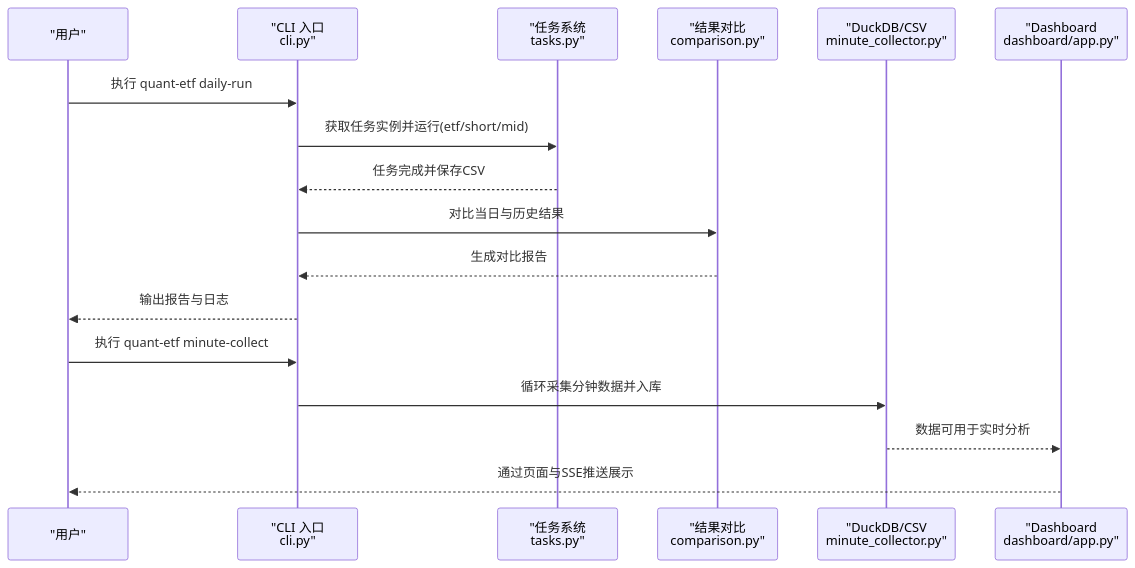
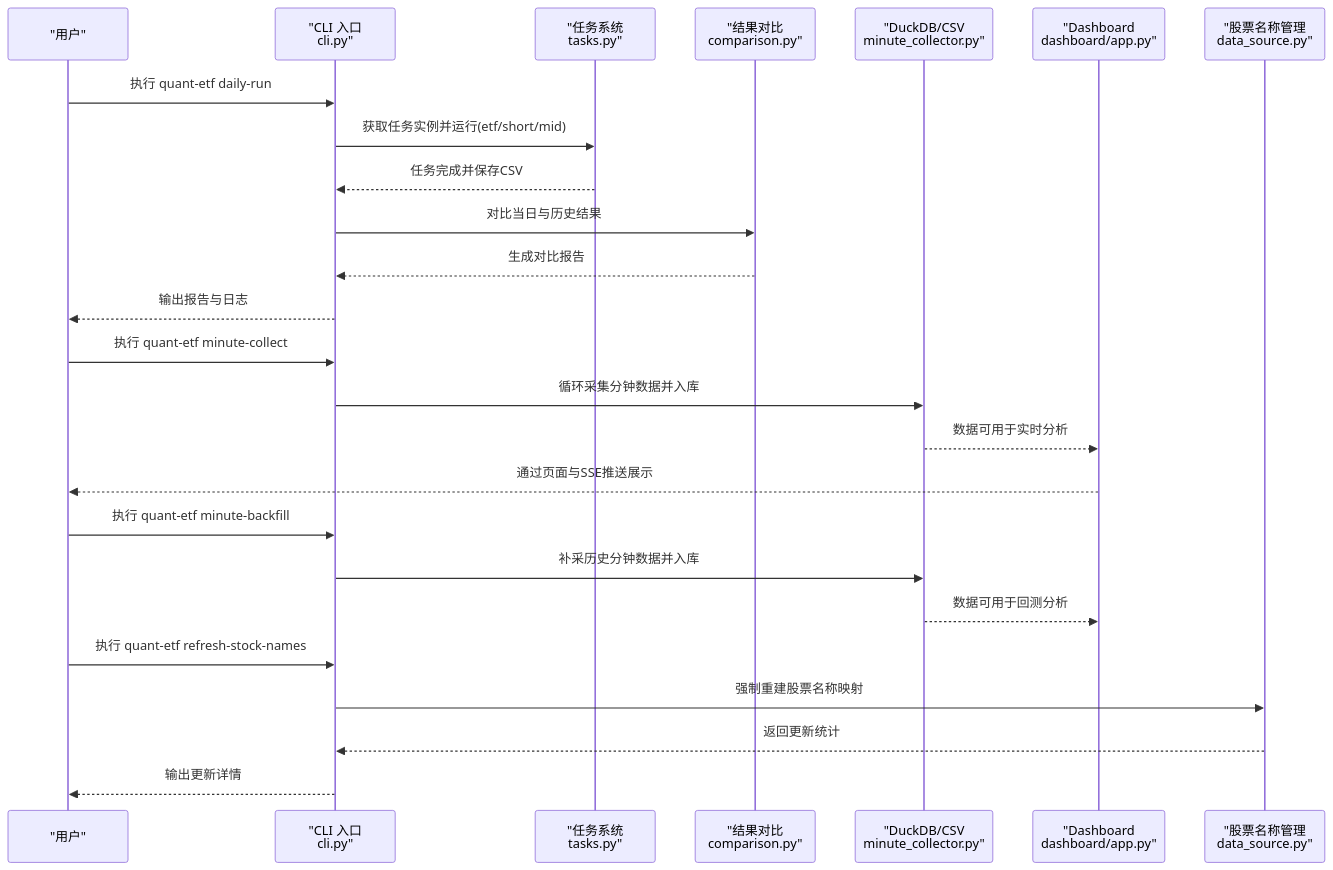
Before and after one commit to ldeng76/quant-ETF: the second of 4 diagrams in .qoder/repowiki/zh/content/CLI命令参考/CLI命令参考.md, drawn with Mermaid. The commit also changed other lines of this file and 18 other files, not shown here.

````diff
--- a/.qoder/repowiki/zh/content/CLI命令参考/CLI命令参考.md
+++ b/.qoder/repowiki/zh/content/CLI命令参考/CLI命令参考.md
@@ -104,19 +111,27 @@
 ```mermaid
 sequenceDiagram
 participant User as "用户"
 participant CLI as "CLI 入口<br/>cli.py"
 participant Tasks as "任务系统<br/>tasks.py"
 participant Compare as "结果对比<br/>comparison.py"
 participant DB as "DuckDB/CSV<br/>minute_collector.py"
 participant Dash as "Dashboard<br/>dashboard/app.py"
+participant Names as "股票名称管理<br/>data_source.py"
 User->>CLI : 执行 quant-etf daily-run
 CLI->>Tasks : 获取任务实例并运行(etf/short/mid)
 Tasks-->>CLI : 任务完成并保存CSV
 CLI->>Compare : 对比当日与历史结果
 Compare-->>CLI : 生成对比报告
 CLI-->>User : 输出报告与日志
 User->>CLI : 执行 quant-etf minute-collect
 CLI->>DB : 循环采集分钟数据并入库
 DB-->>Dash : 数据可用于实时分析
 Dash-->>User : 通过页面与SSE推送展示
+User->>CLI : 执行 quant-etf minute-backfill
+CLI->>DB : 补采历史分钟数据并入库
+DB-->>Dash : 数据可用于回测分析
+User->>CLI : 执行 quant-etf refresh-stock-names
+CLI->>Names : 强制重建股票名称映射
+Names-->>CLI : 返回更新统计
+CLI-->>User : 输出更新详情
 ```
````
